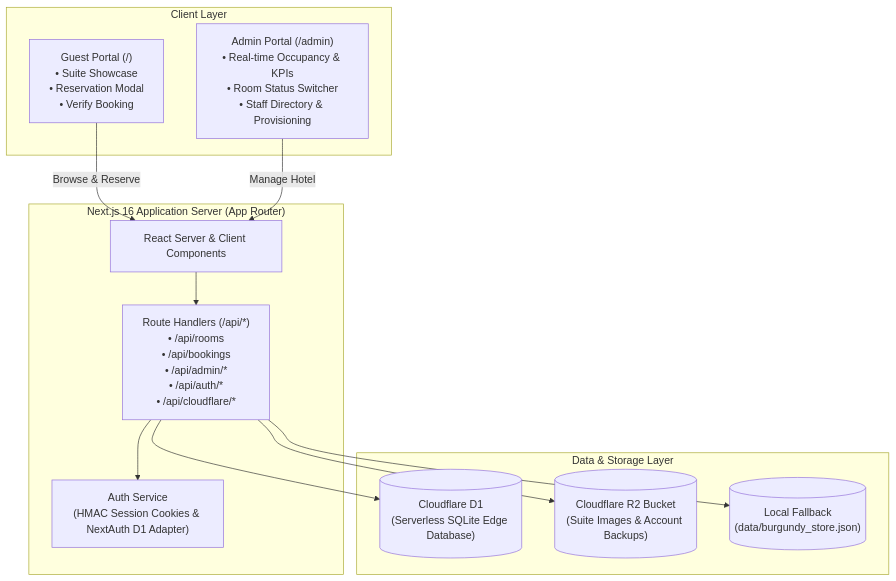
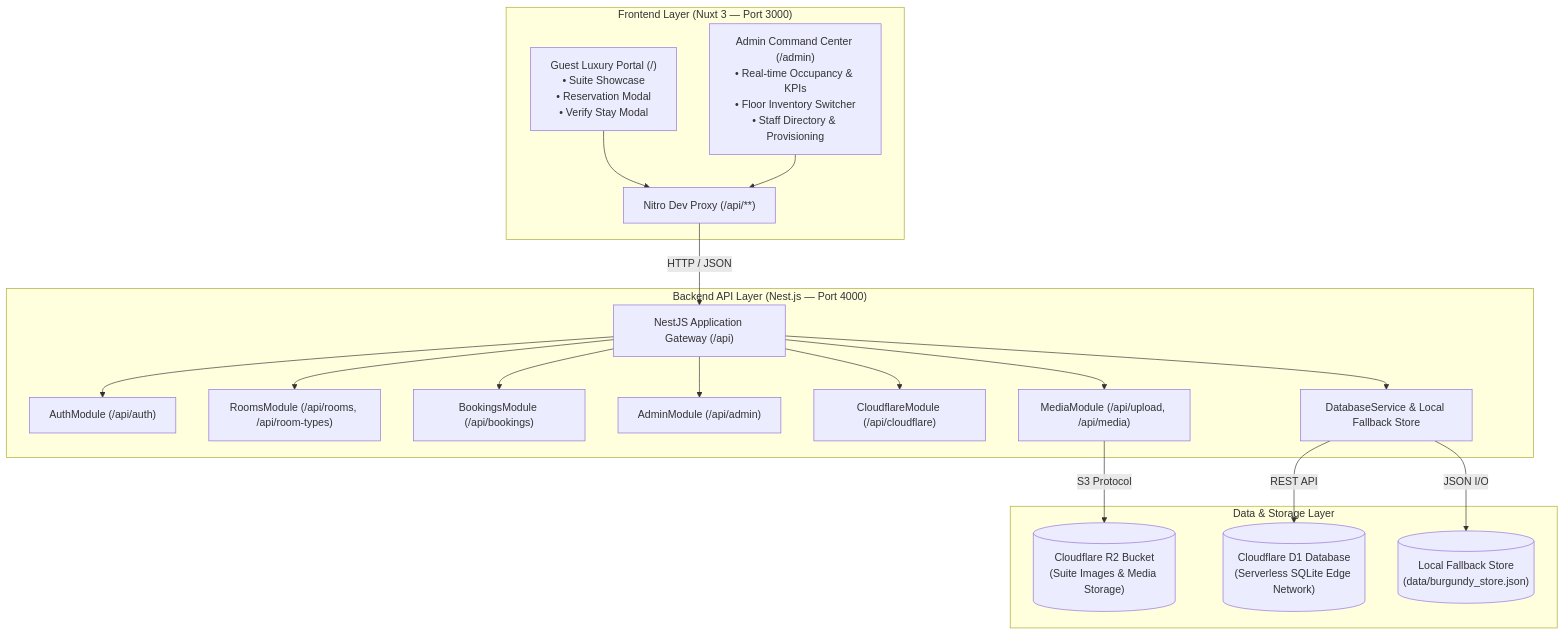
One commit to charrielmae/burgundysuite changed the first of 2 diagrams in PROJECT_DOCUMENTATION.md. Above: the diagram before and after it, drawn with Mermaid. The commit also changed other lines of this file and 119 other files, not shown here.

Commit message:
feat: migrate to Nuxt 3 & NestJS monorepo, fix booking ordering and enhance admin suite modal

````diff
--- a/PROJECT_DOCUMENTATION.md
+++ b/PROJECT_DOCUMENTATION.md
@@ -29,27 +33,39 @@
 ```mermaid
 graph TD
-    subgraph Client ["Client Layer"]
-        Guest["Guest Portal (/)<br/>• Suite Showcase<br/>• Reservation Modal<br/>• Verify Booking"]
-        Admin["Admin Portal (/admin)<br/>• Real-time Occupancy & KPIs<br/>• Room Status Switcher<br/>• Staff Directory & Provisioning"]
+    subgraph Client ["Frontend Layer (Nuxt 3 — Port 3000)"]
+        Guest["Guest Luxury Portal (/)<br/>• Suite Showcase<br/>• Reservation Modal<br/>• Verify Stay Modal"]
+        Admin["Admin Command Center (/admin)<br/>• Real-time Occupancy & KPIs<br/>• Floor Inventory Switcher<br/>• Staff Directory & Provisioning"]
+        NuxtProxy["Nitro Dev Proxy (/api/**)"]
     end
 
-    subgraph AppServer ["Next.js 16 Application Server (App Router)"]
-        Pages["React Server & Client Components"]
-        API["Route Handlers (/api/*)<br/>• /api/rooms<br/>• /api/bookings<br/>• /api/admin/*<br/>• /api/auth/*<br/>• /api/cloudflare/*"]
-        AuthModule["Auth Service<br/>(HMAC Session Cookies & NextAuth D1 Adapter)"]
+    subgraph Server ["Backend API Layer (Nest.js — Port 4000)"]
+        NestApp["NestJS Application Gateway (/api)"]
+        AuthMod["AuthModule (/api/auth)"]
+        RoomsMod["RoomsModule (/api/rooms, /api/room-types)"]
+        BookingsMod["BookingsModule (/api/bookings)"]
+        AdminMod["AdminModule (/api/admin)"]
+        CloudflareMod["CloudflareModule (/api/cloudflare)"]
+        MediaMod["MediaModule (/api/upload, /api/media)"]
+        DbService["DatabaseService & Local Fallback Store"]
     end
 
     subgraph Storage ["Data & Storage Layer"]
-        D1[("Cloudflare D1<br/>(Serverless SQLite Edge Database)")]
-        R2[("Cloudflare R2 Bucket<br/>(Suite Images & Account Backups)")]
-        LocalStore[("Local Fallback<br/>(data/burgundy_store.json)")]
+        D1[("Cloudflare D1 Database<br/>(Serverless SQLite Edge Network)")]
+        R2[("Cloudflare R2 Bucket<br/>(Suite Images & Media Storage)")]
+        LocalStore[("Local Fallback Store<br/>(data/burgundy_store.json)")]
     end
 
-    Guest -->|Browse & Reserve| Pages
-    Admin -->|Manage Hotel| Pages
-    Pages --> API
-    API --> AuthModule
-    API --> D1
-    API --> R2
-    API --> LocalStore
+    Guest --> NuxtProxy
+    Admin --> NuxtProxy
+    NuxtProxy -->|HTTP / JSON| NestApp
+    NestApp --> AuthMod
+    NestApp --> RoomsMod
+    NestApp --> BookingsMod
+    NestApp --> AdminMod
+    NestApp --> CloudflareMod
+    NestApp --> MediaMod
+    NestApp --> DbService
+    DbService -->|REST API| D1
+    DbService -->|JSON I/O| LocalStore
+    MediaMod -->|S3 Protocol| R2
 ```
````
